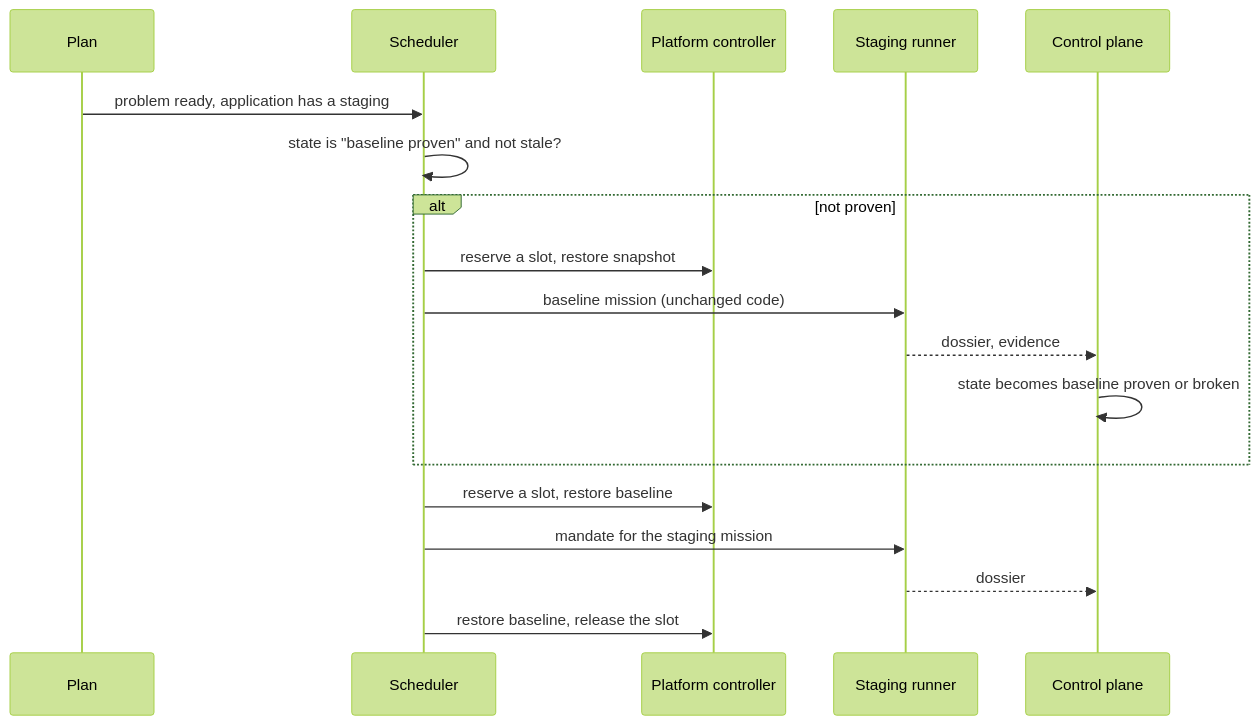
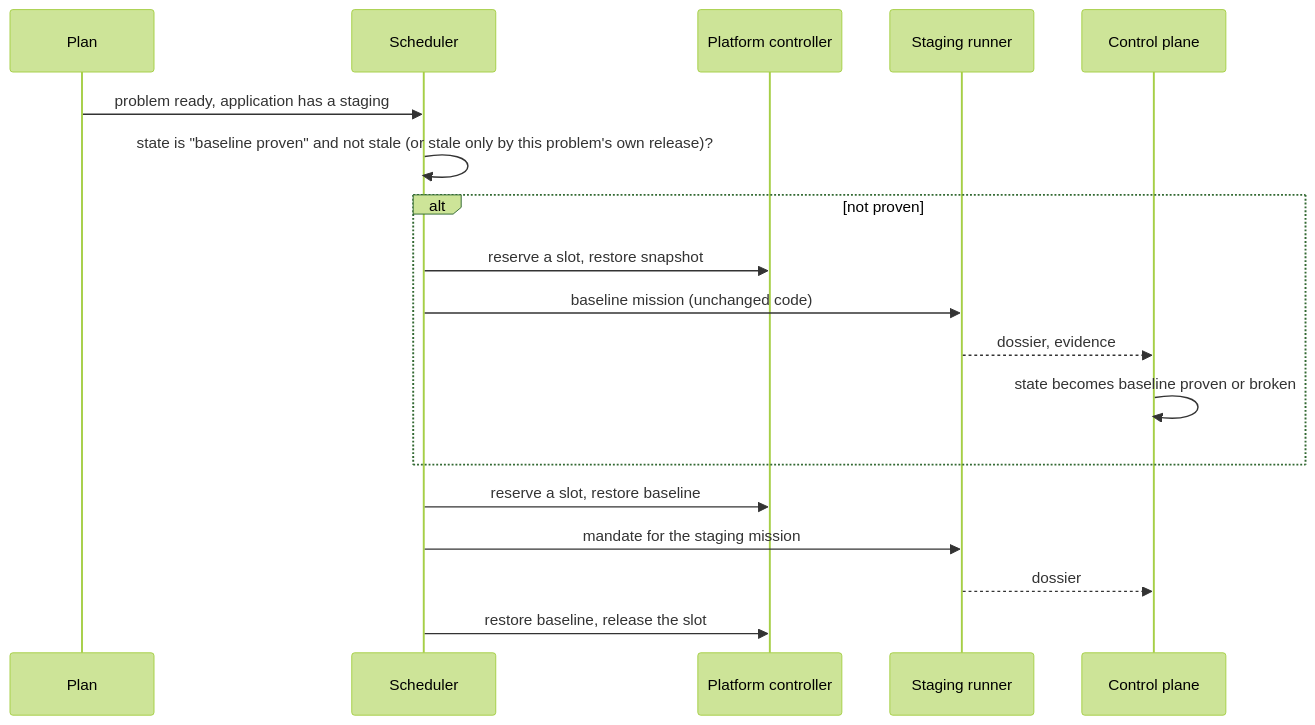
The tenth of 12 diagrams in docs/ARCHITECTURE.md (MafLabs38/orchestrarr), drawn with Mermaid (forest theme) before and after one commit. The commit also changed other lines of this file and 3 other files, not shown here.

````diff
--- a/docs/ARCHITECTURE.md
+++ b/docs/ARCHITECTURE.md
@@ -348,20 +348,20 @@
 ```mermaid
 sequenceDiagram
     participant PL as Plan
     participant SCH as Scheduler
     participant PC as Platform controller
     participant RS as Staging runner
     participant CP as Control plane
     PL->>SCH: problem ready, application has a staging
-    SCH->>SCH: state is "baseline proven" and not stale?
+    SCH->>SCH: state is "baseline proven" and not stale (or stale only by this problem's own release)?
     alt not proven
         SCH->>PC: reserve a slot, restore snapshot
         SCH->>RS: baseline mission (unchanged code)
         RS-->>CP: dossier, evidence
         CP->>CP: state becomes baseline proven or broken
     end
     SCH->>PC: reserve a slot, restore baseline
     SCH->>RS: mandate for the staging mission
     RS-->>CP: dossier
     SCH->>PC: restore baseline, release the slot
 ```
````
